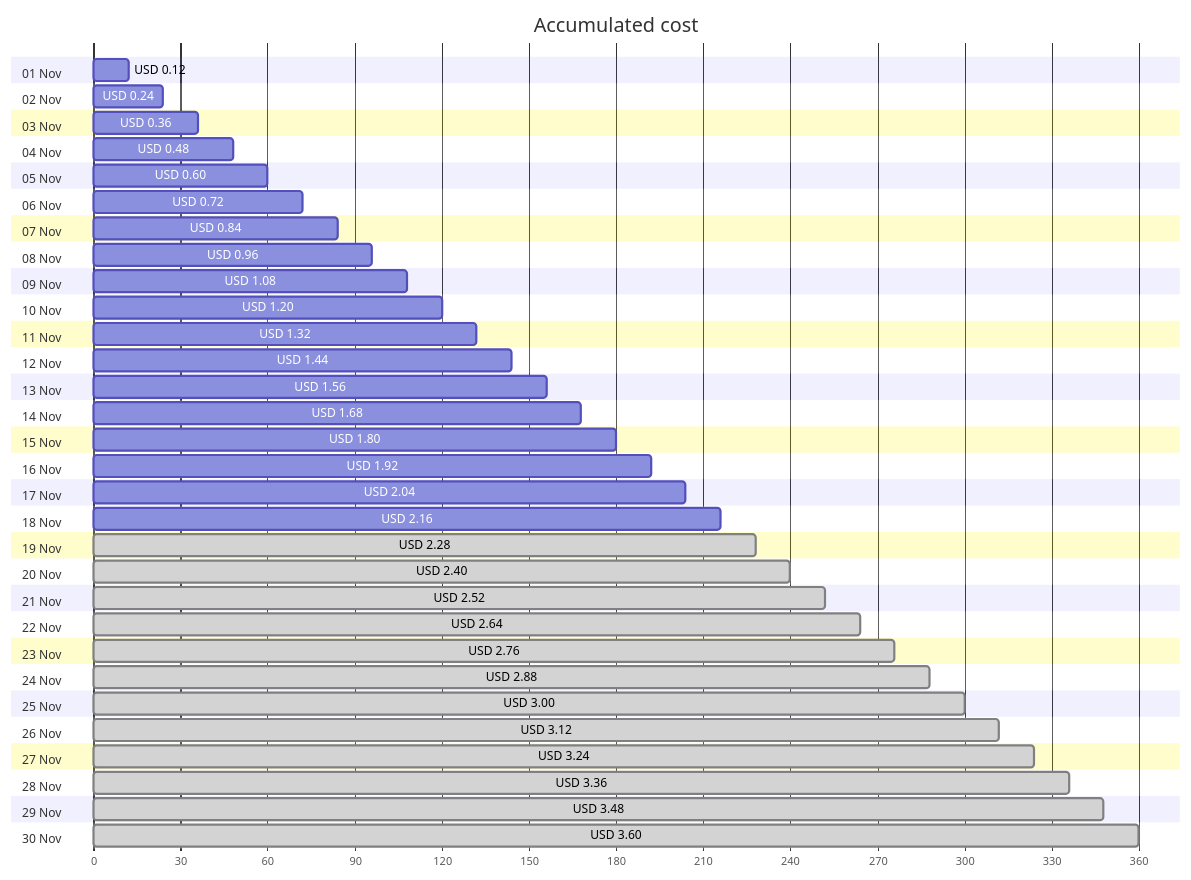
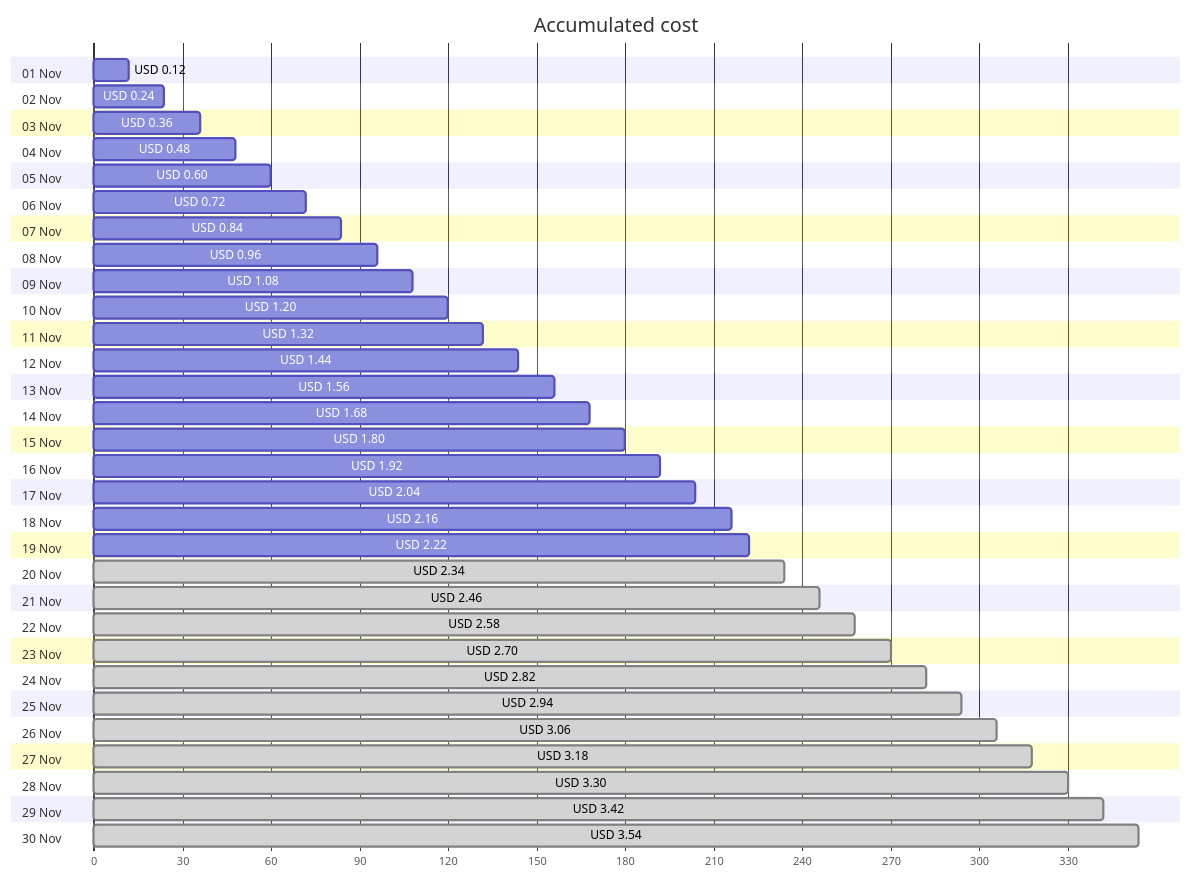
The first of 4 diagrams in cost-reports/personal-network/backup-server-public-ip.md (jpfulton/azure-personal-reports), drawn with Mermaid before and after one commit. The commit also changed other lines of this file and 8 other files, not shown here.

````diff
--- a/cost-reports/personal-network/backup-server-public-ip.md
+++ b/cost-reports/personal-network/backup-server-public-ip.md
@@ -20,66 +20,66 @@
 ```mermaid
 gantt
    title Accumulated cost
    dateFormat  X
    axisFormat %s
    section 01 Nov
    USD 0.12 :0, 12
    section 02 Nov
    USD 0.24 :0, 24
    section 03 Nov
    USD 0.36 :0, 36
    section 04 Nov
    USD 0.48 :0, 48
    section 05 Nov
    USD 0.60 :0, 60
    section 06 Nov
    USD 0.72 :0, 72
    section 07 Nov
    USD 0.84 :0, 84
    section 08 Nov
    USD 0.96 :0, 96
    section 09 Nov
    USD 1.08 :0, 108
    section 10 Nov
    USD 1.20 :0, 120
    section 11 Nov
    USD 1.32 :0, 132
    section 12 Nov
    USD 1.44 :0, 144
    section 13 Nov
    USD 1.56 :0, 156
    section 14 Nov
    USD 1.68 :0, 168
    section 15 Nov
    USD 1.80 :0, 180
    section 16 Nov
    USD 1.92 :0, 192
    section 17 Nov
    USD 2.04 :0, 204
    section 18 Nov
    USD 2.16 :0, 216
    section 19 Nov
-   USD 2.28 : done, 0, 228
+   USD 2.22 :0, 222
    section 20 Nov
-   USD 2.40 : done, 0, 240
+   USD 2.34 : done, 0, 234
    section 21 Nov
-   USD 2.52 : done, 0, 252
+   USD 2.46 : done, 0, 246
    section 22 Nov
-   USD 2.64 : done, 0, 264
+   USD 2.58 : done, 0, 258
    section 23 Nov
-   USD 2.76 : done, 0, 276
+   USD 2.70 : done, 0, 270
    section 24 Nov
-   USD 2.88 : done, 0, 288
+   USD 2.82 : done, 0, 282
    section 25 Nov
-   USD 3.00 : done, 0, 300
+   USD 2.94 : done, 0, 294
    section 26 Nov
-   USD 3.12 : done, 0, 312
+   USD 3.06 : done, 0, 306
    section 27 Nov
-   USD 3.24 : done, 0, 324
+   USD 3.18 : done, 0, 318
    section 28 Nov
-   USD 3.36 : done, 0, 336
+   USD 3.30 : done, 0, 330
    section 29 Nov
-   USD 3.48 : done, 0, 348
+   USD 3.42 : done, 0, 342
    section 30 Nov
-   USD 3.60 : done, 0, 360
+   USD 3.54 : done, 0, 354
 ```
````
